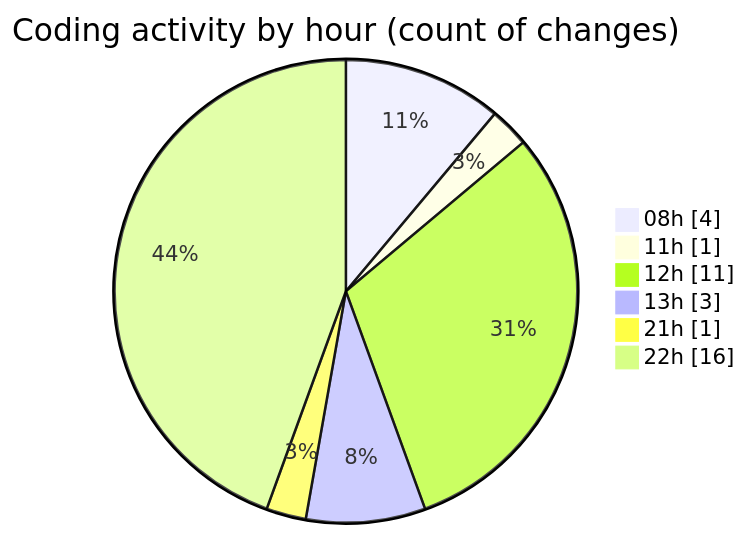
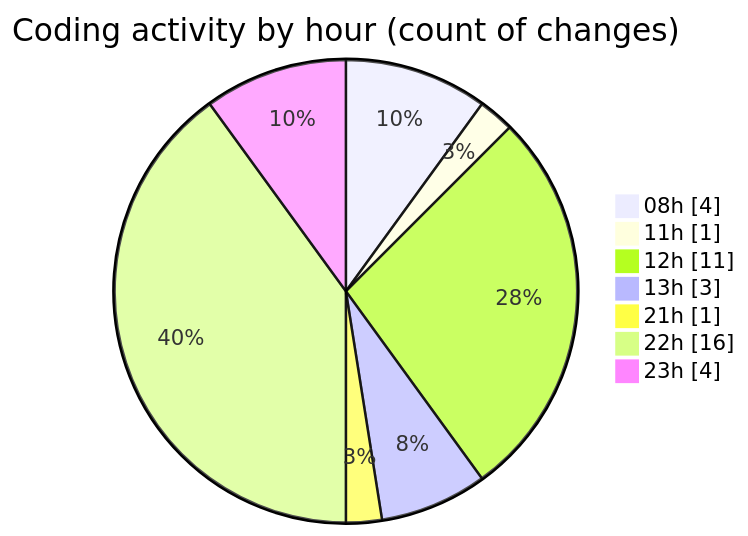
The second of 2 diagrams in 2025-02-10/react_ecom/README.md (Elitesun/code-tracking), drawn with Mermaid before and after one commit. The commit also changed other lines of this file and 1 other file, not shown here.

````diff
--- a/2025-02-10/react_ecom/README.md
+++ b/2025-02-10/react_ecom/README.md
@@ -39,10 +39,11 @@
 ```mermaid
 pie showData
 title Coding activity by hour (count of changes)
 "08h" : 4
 "11h" : 1
 "12h" : 11
 "13h" : 3
 "21h" : 1
 "22h" : 16
+"23h" : 4
 ```
````
